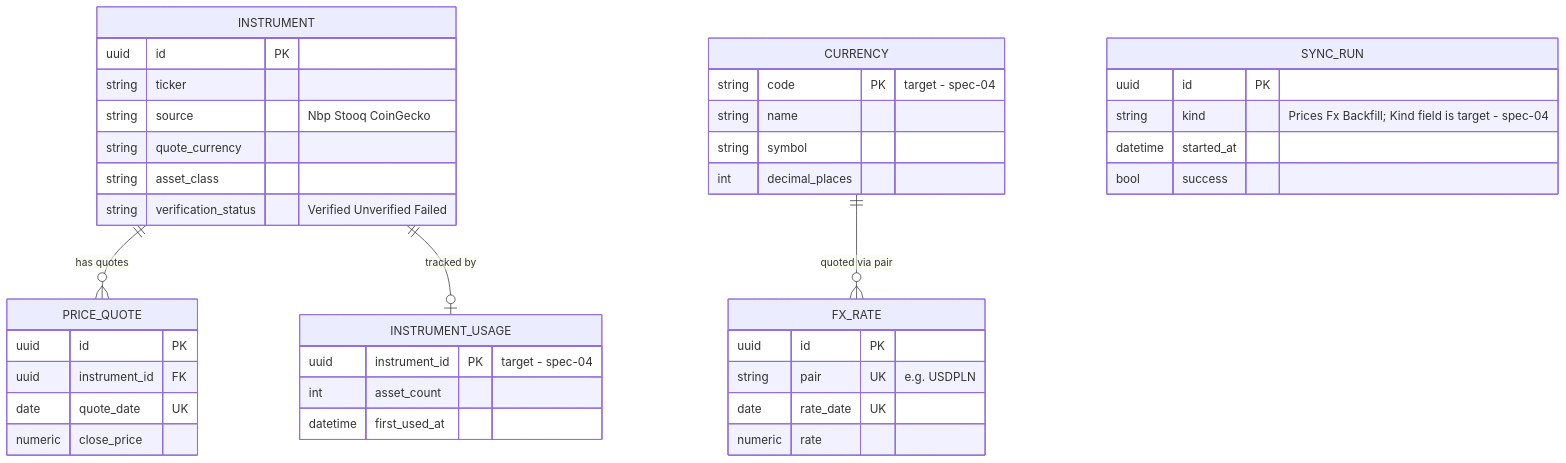
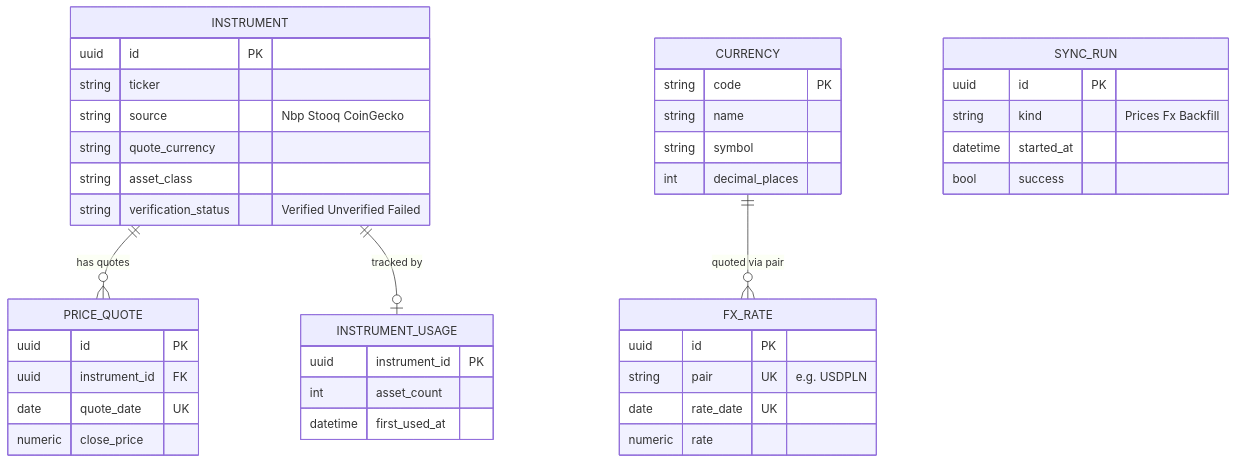
Before and after one commit to Maliniak93/FinMel: the second of 3 diagrams in skarbiec-plan/domain.md, drawn with Mermaid. The commit also changed other lines of this file and 56 other files, not shown here.

````diff
--- a/skarbiec-plan/domain.md
+++ b/skarbiec-plan/domain.md
@@ -88,43 +89,43 @@
 ```mermaid
 erDiagram
     INSTRUMENT ||--o{ PRICE_QUOTE : "has quotes"
     INSTRUMENT ||--o| INSTRUMENT_USAGE : "tracked by"
     CURRENCY ||--o{ FX_RATE : "quoted via pair"
     CURRENCY {
-        string code PK "target - spec-04"
+        string code PK
         string name
         string symbol
         int decimal_places
     }
     INSTRUMENT {
         uuid id PK
         string ticker
         string source "Nbp Stooq CoinGecko"
         string quote_currency
         string asset_class
         string verification_status "Verified Unverified Failed"
     }
     PRICE_QUOTE {
         uuid id PK
         uuid instrument_id FK
         date quote_date UK
         numeric close_price
     }
     FX_RATE {
         uuid id PK
         string pair UK "e.g. USDPLN"
         date rate_date UK
         numeric rate
     }
     INSTRUMENT_USAGE {
-        uuid instrument_id PK "target - spec-04"
+        uuid instrument_id PK
         int asset_count
         datetime first_used_at
     }
     SYNC_RUN {
         uuid id PK
-        string kind "Prices Fx Backfill; Kind field is target - spec-04"
+        string kind "Prices Fx Backfill"
         datetime started_at
         bool success
     }
 ```
````
